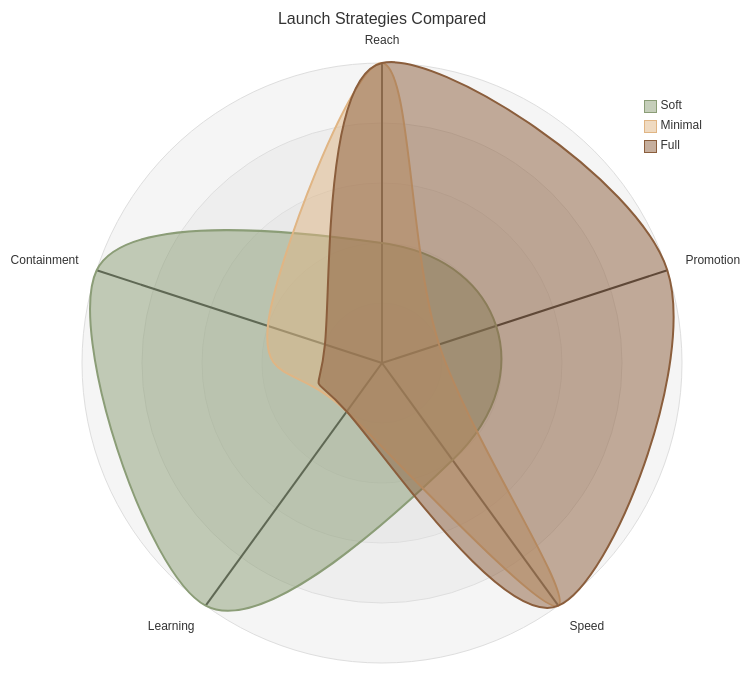
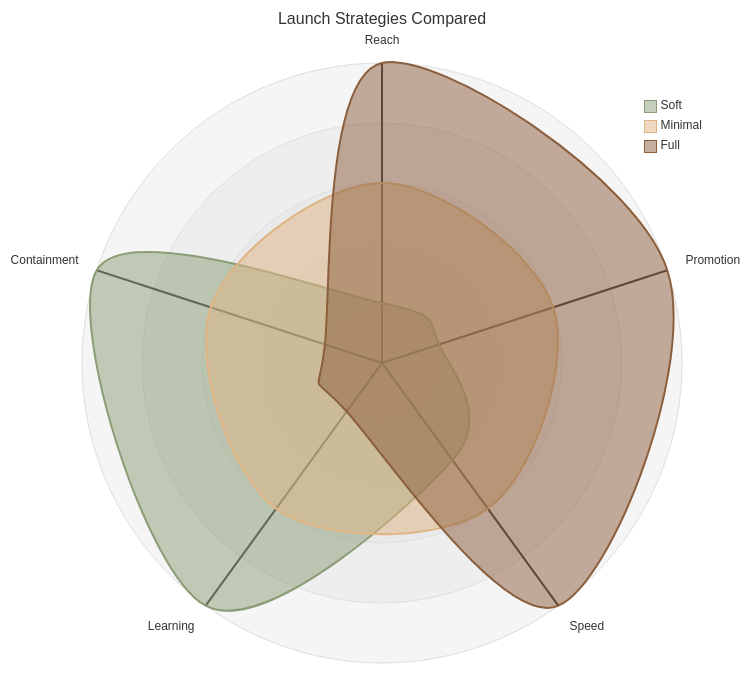
The diagram in artifacts/examples/launch-types.md (gorvis/book-pm-management), drawn with Mermaid before and after one commit. The commit also changed other lines of this file and 2 other files, not shown here.

````diff
--- a/artifacts/examples/launch-types.md
+++ b/artifacts/examples/launch-types.md
@@ -5,18 +5,18 @@
 ```mermaid
 ---
 config:
   themeVariables:
     cScale0: "#8B9D77"
     cScale1: "#E0B584"
     cScale2: "#8B5E3C"
 ---
 radar-beta
     title Launch Strategies Compared
     axis reach["Reach"], promo["Promotion"], speed["Speed"]
     axis learn["Learning"], safety["Containment"]
-    curve soft["Soft"]{2, 2, 2, 5, 5}
-    curve minimal["Minimal"]{5, 1, 5, 1, 2}
+    curve soft["Soft"]{1, 1, 2, 5, 5}
+    curve minimal["Minimal"]{3, 3, 3, 3, 3}
     curve full["Full"]{5, 5, 5, 1, 1}
     max 5
     showLegend true
 ```
````
